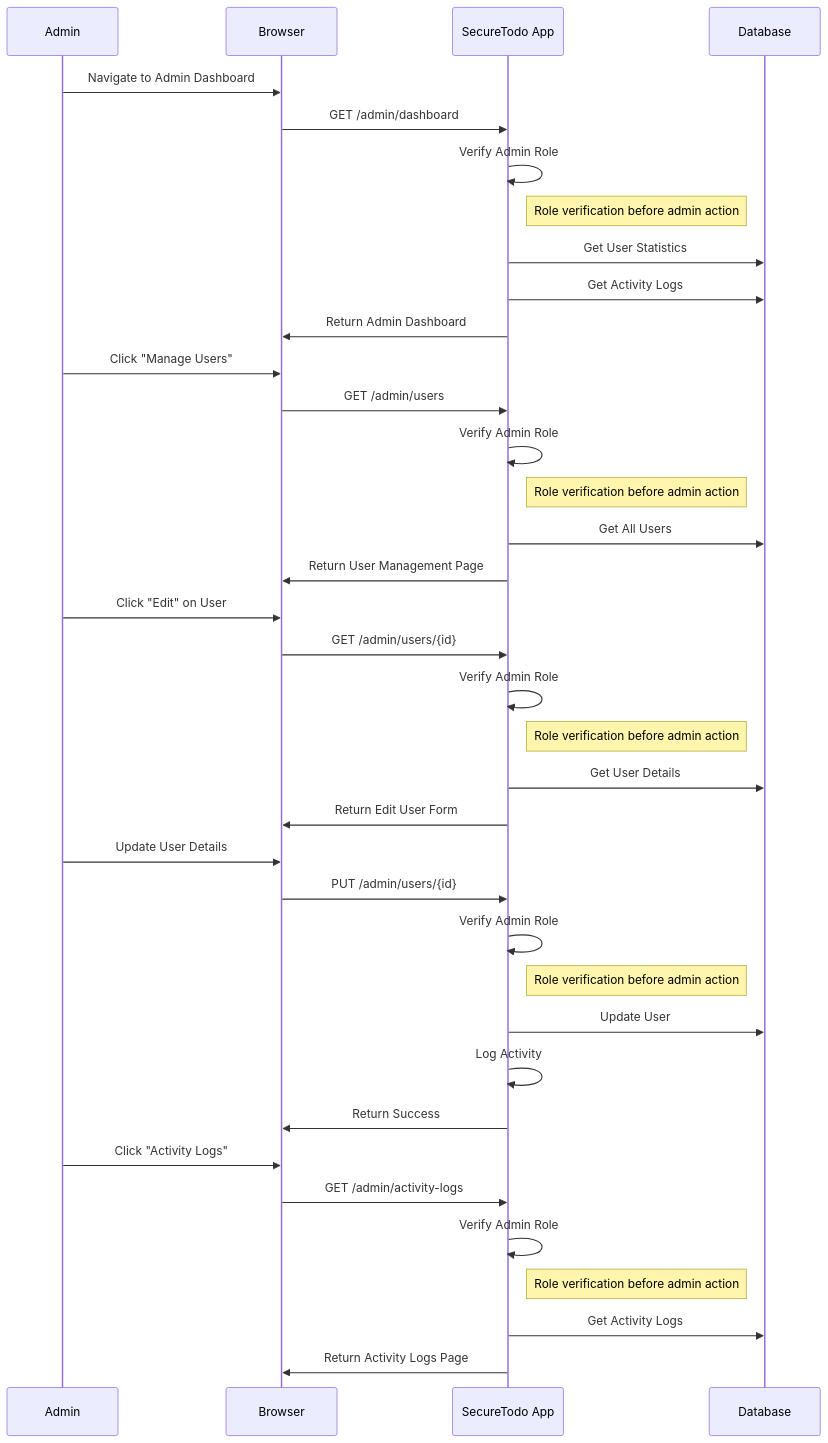
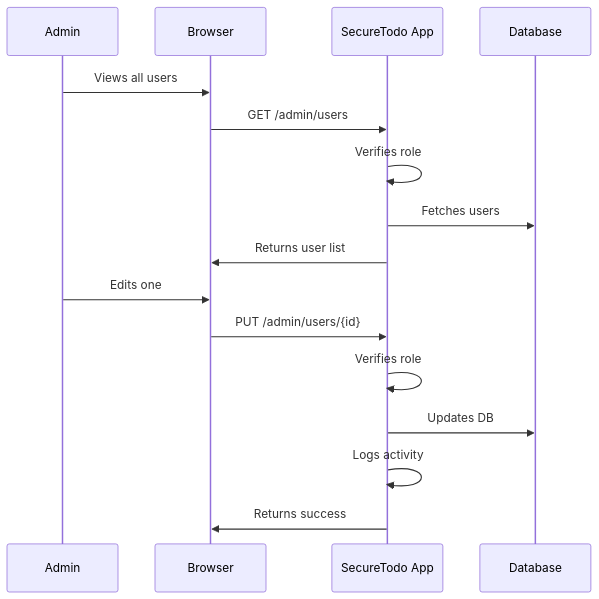
One commit to LorenMin107/TodoApp changed diagram 14 of 15 in docs/flowchart.md. Above: the diagram before and after it, drawn with Mermaid. The commit also changed other lines of this file and 19 other files, not shown here.

````diff
--- a/docs/flowchart.md
+++ b/docs/flowchart.md
@@ -203,47 +251,20 @@
 ```mermaid
 sequenceDiagram
     participant Admin
     participant Browser
     participant App as SecureTodo App
     participant DB as Database
 
-    %% Admin loads dashboard and gets user stats & logs
-    Admin->>Browser: Navigate to Admin Dashboard
-    Browser->>App: GET /admin/dashboard
-    App->>App: Verify Admin Role
-    Note right of App: Role verification before admin action
-    App->>DB: Get User Statistics
-    App->>DB: Get Activity Logs
-    App->>Browser: Return Admin Dashboard
+    Admin->>Browser: Views all users
+    Browser->>App: GET /admin/users
+    App->>App: Verifies role
+    App->>DB: Fetches users
+    App->>Browser: Returns user list
 
-    %% Admin manages users (view)
-    Admin->>Browser: Click "Manage Users"
-    Browser->>App: GET /admin/users
-    App->>App: Verify Admin Role
-    Note right of App: Role verification before admin action
-    App->>DB: Get All Users
-    App->>Browser: Return User Management Page
-
-    %% Admin manages users (edit)
-    Admin->>Browser: Click "Edit" on User
-    Browser->>App: GET /admin/users/{id}
-    App->>App: Verify Admin Role
-    Note right of App: Role verification before admin action
-    App->>DB: Get User Details
-    App->>Browser: Return Edit User Form
-    Admin->>Browser: Update User Details
+    Admin->>Browser: Edits one
     Browser->>App: PUT /admin/users/{id}
-    App->>App: Verify Admin Role
-    Note right of App: Role verification before admin action
-    App->>DB: Update User
-    App->>App: Log Activity
-    App->>Browser: Return Success
-
-    %% Admin reviews activity logs
-    Admin->>Browser: Click "Activity Logs"
-    Browser->>App: GET /admin/activity-logs
-    App->>App: Verify Admin Role
-    Note right of App: Role verification before admin action
-    App->>DB: Get Activity Logs
-    App->>Browser: Return Activity Logs Page
+    App->>App: Verifies role
+    App->>DB: Updates DB
+    App->>App: Logs activity
+    App->>Browser: Returns success
 ```
````
